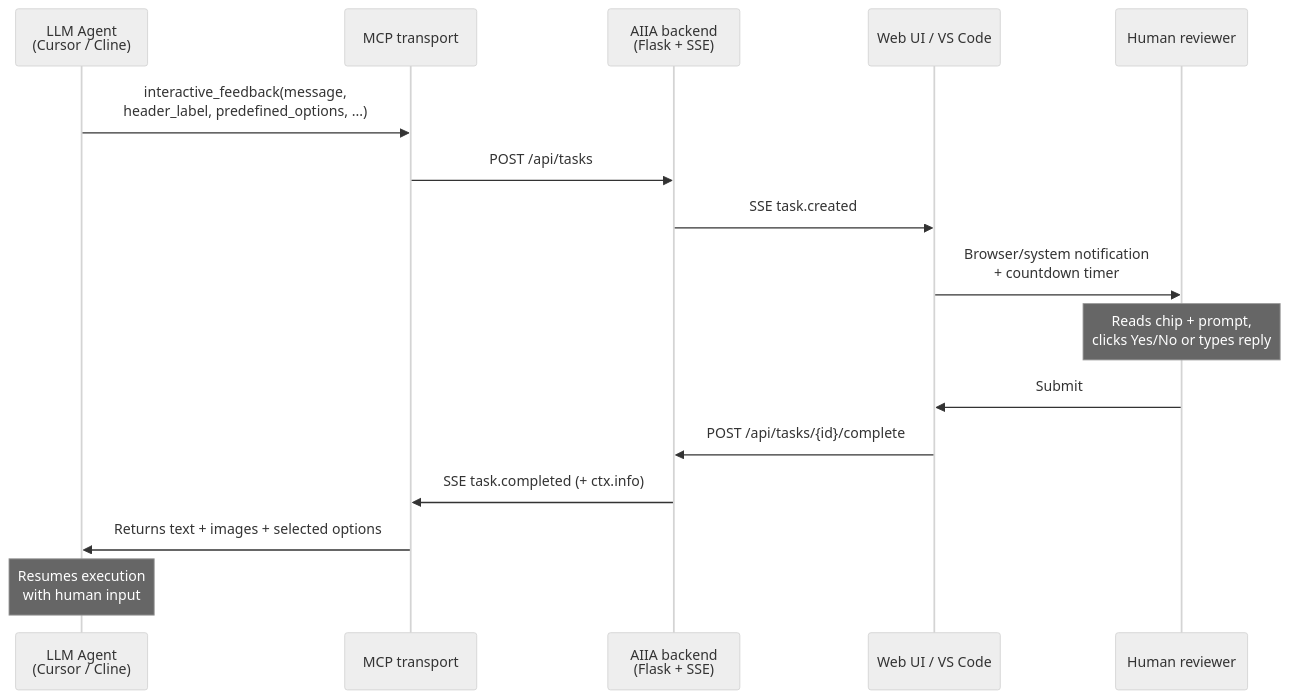
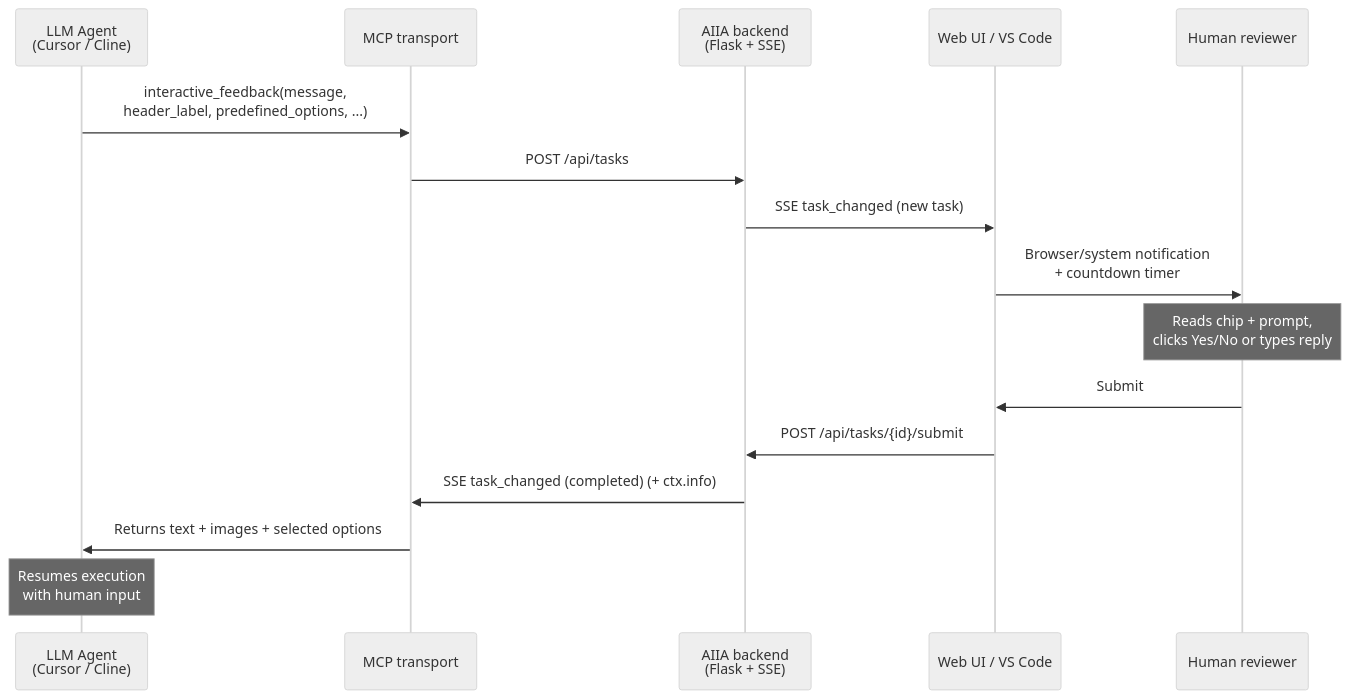
The second of 3 diagrams in docs/architecture.md (XIADENGMA/ai-intervention-agent), drawn with Mermaid (neutral theme) before and after one commit. The commit also changed other lines of this file and 58 other files, not shown here.

````diff
--- a/docs/architecture.md
+++ b/docs/architecture.md
@@ -79,19 +79,19 @@
 ```mermaid
 sequenceDiagram
     participant Agent as LLM Agent<br/>(Cursor / Cline)
     participant MCP as MCP transport
     participant AIIA as AIIA backend<br/>(Flask + SSE)
     participant UI as Web UI / VS Code
     participant Human as Human reviewer
 
     Agent->>MCP: interactive_feedback(message,<br/>header_label, predefined_options, ...)
     MCP->>AIIA: POST /api/tasks
-    AIIA->>UI: SSE task.created
+    AIIA->>UI: SSE task_changed (new task)
     UI->>Human: Browser/system notification<br/>+ countdown timer
     Note over Human: Reads chip + prompt,<br/>clicks Yes/No or types reply
     Human->>UI: Submit
-    UI->>AIIA: POST /api/tasks/{id}/complete
-    AIIA->>MCP: SSE task.completed (+ ctx.info)
+    UI->>AIIA: POST /api/tasks/{id}/submit
+    AIIA->>MCP: SSE task_changed (completed) (+ ctx.info)
     MCP->>Agent: Returns text + images + selected options
     Note over Agent: Resumes execution<br/>with human input
 ```
````
